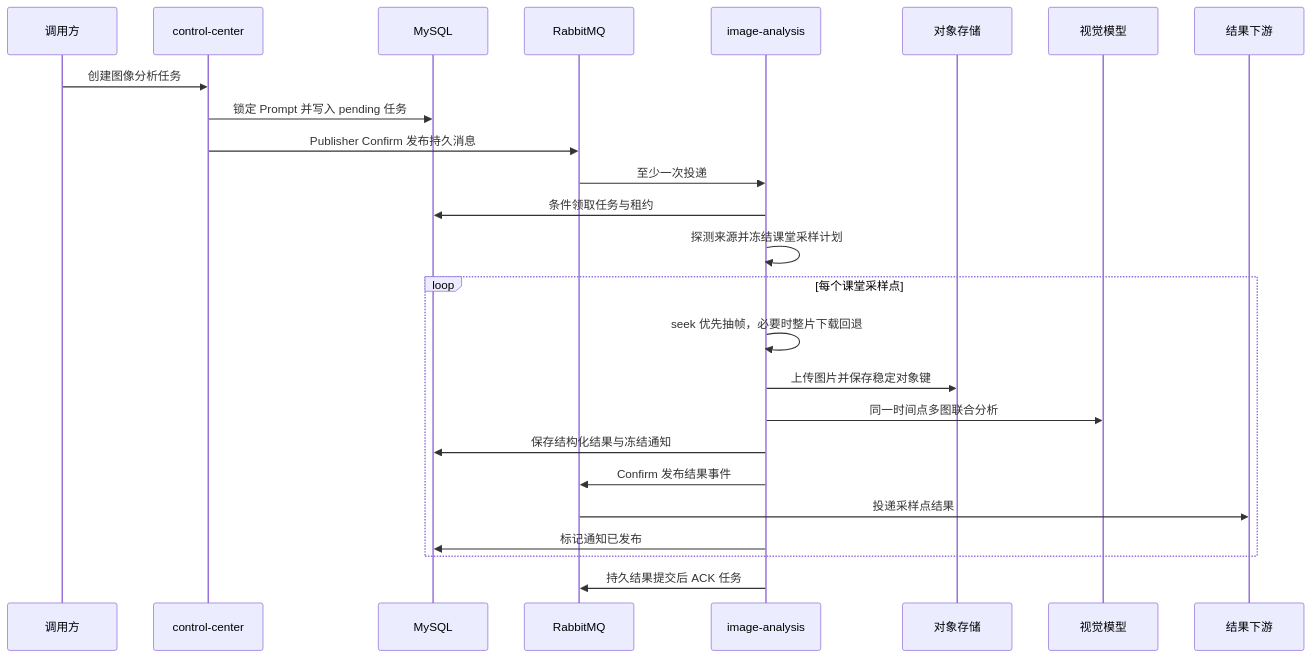
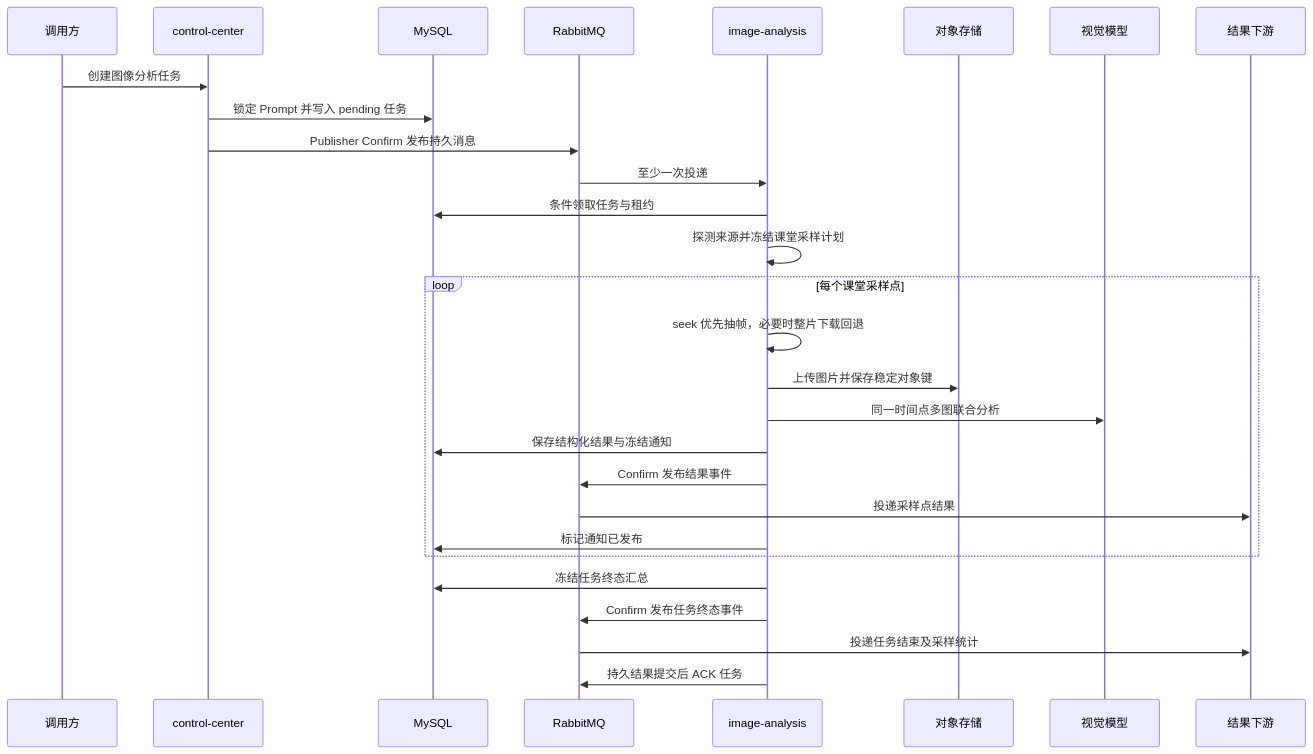
One commit to huxiaodong1989/MediaFleet changed the diagram in docs/architecture/image-analysis.md. Above: the diagram before and after it, drawn with Mermaid. The commit also changed other lines of this file and 16 other files, not shown here.

Commit message:
feat: 同步图像终态事件与重试恢复

````diff
--- a/docs/architecture/image-analysis.md
+++ b/docs/architecture/image-analysis.md
@@ -45,28 +51,31 @@
 ```mermaid
 sequenceDiagram
     participant U as 调用方
     participant C as control-center
     participant D as MySQL
     participant Q as RabbitMQ
     participant I as image-analysis
     participant O as 对象存储
     participant V as 视觉模型
     participant R as 结果下游
 
     U->>C: 创建图像分析任务
     C->>D: 锁定 Prompt 并写入 pending 任务
     C->>Q: Publisher Confirm 发布持久消息
     Q->>I: 至少一次投递
     I->>D: 条件领取任务与租约
     I->>I: 探测来源并冻结课堂采样计划
     loop 每个课堂采样点
         I->>I: seek 优先抽帧，必要时整片下载回退
         I->>O: 上传图片并保存稳定对象键
         I->>V: 同一时间点多图联合分析
         I->>D: 保存结构化结果与冻结通知
         I->>Q: Confirm 发布结果事件
         Q->>R: 投递采样点结果
         I->>D: 标记通知已发布
     end
+    I->>D: 冻结任务终态汇总
+    I->>Q: Confirm 发布任务终态事件
+    Q->>R: 投递任务结束及采样统计
     I->>Q: 持久结果提交后 ACK 任务
 ```
````
